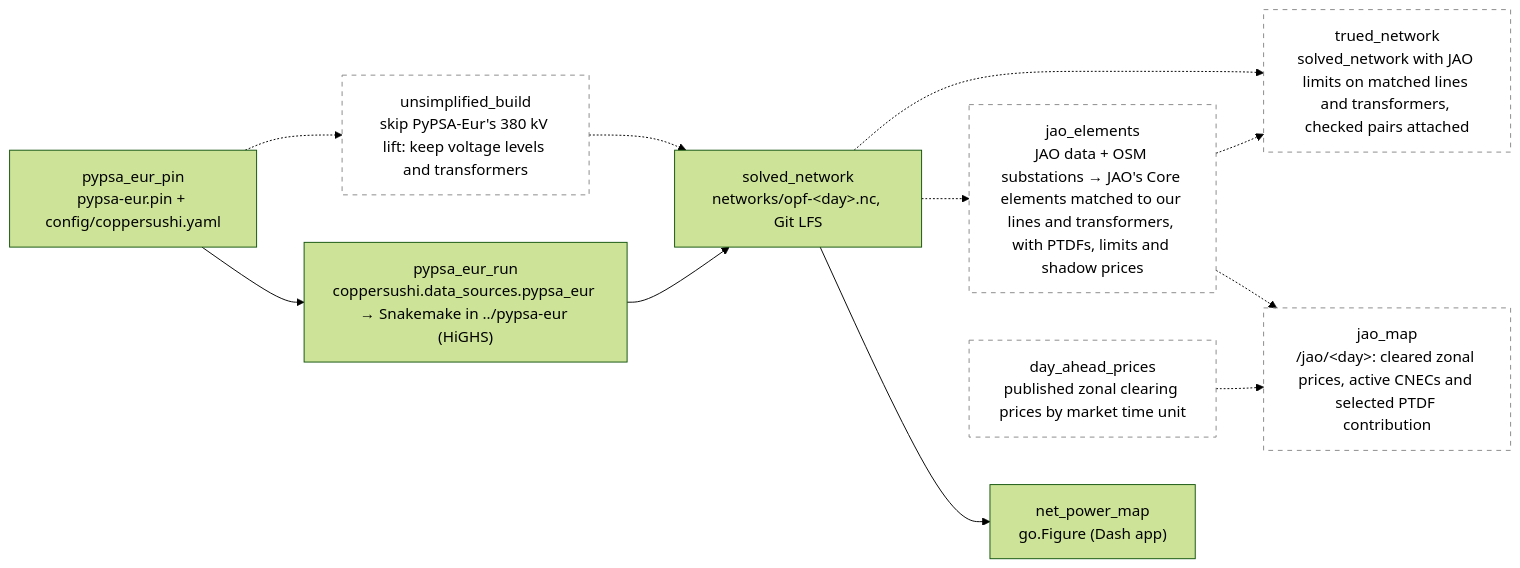
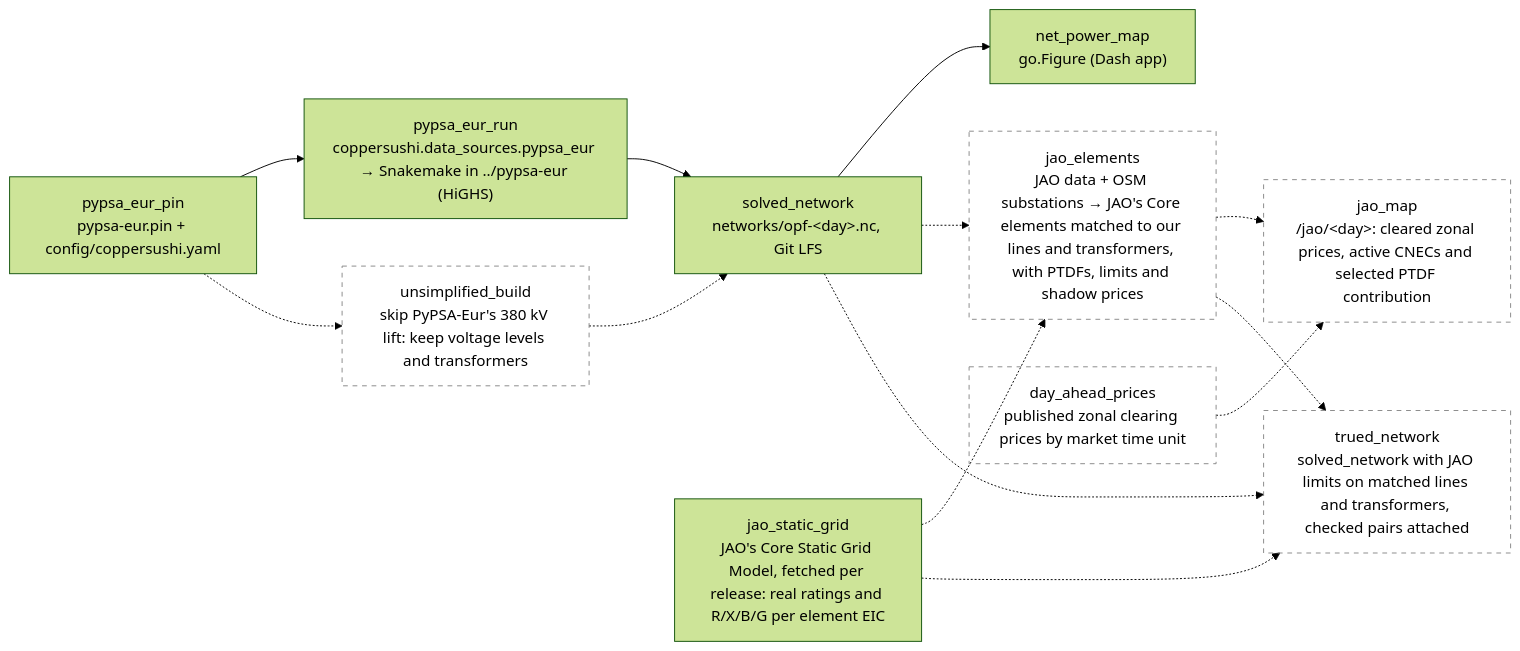
One commit to zoltanmaric/coppersushi changed the diagram in wiki/sushi-2.md. Above: the diagram before and after it, drawn with Mermaid (forest theme). The commit also changed 13 other files, not shown here.

First line of the commit message:
JAO's Core Static Grid Model: real transformer ratings and impedances (#67)

````diff
--- a/wiki/sushi-2.md
+++ b/wiki/sushi-2.md
@@ -16,27 +16,31 @@
 ```mermaid
 flowchart LR
     classDef planned stroke-dasharray: 5 5,stroke:#888,fill:none
 
     net_power_map["net_power_map<br/>go.Figure (Dash app)"]
 
     pypsa_eur_pin["pypsa_eur_pin<br/>pypsa-eur.pin + config/coppersushi.yaml"]
     pypsa_eur_run["pypsa_eur_run<br/>coppersushi.data_sources.pypsa_eur → Snakemake in ../pypsa-eur (HiGHS)"]
     solved_network["solved_network<br/>networks/opf-&lt;day&gt;.nc, Git LFS"]
+
+    jao_static_grid["jao_static_grid<br/>JAO's Core Static Grid Model, fetched per release: real ratings and R/X/B/G per element EIC"]
 
     unsimplified["unsimplified_build<br/>skip PyPSA-Eur's 380 kV lift: keep voltage levels and transformers"]:::planned
     jao_elements["jao_elements<br/>JAO data + OSM substations → JAO's Core elements matched to our lines and transformers, with PTDFs, limits and shadow prices"]:::planned
     day_ahead_prices["day_ahead_prices<br/>published zonal clearing prices by market time unit"]:::planned
     jao_map["jao_map<br/>/jao/&lt;day&gt;: cleared zonal prices, active CNECs and selected PTDF contribution"]:::planned
     trued_network["trued_network<br/>solved_network with JAO limits on matched lines and transformers, checked pairs attached"]:::planned
 
     pypsa_eur_pin --> pypsa_eur_run
     pypsa_eur_pin -.-> unsimplified
     unsimplified -.-> solved_network
     pypsa_eur_run --> solved_network
     solved_network --> net_power_map
     solved_network -.-> jao_elements
+    jao_static_grid -.-> jao_elements
+    jao_static_grid -.-> trued_network
     jao_elements -.-> jao_map
     day_ahead_prices -.-> jao_map
     jao_elements -.-> trued_network
     solved_network -.-> trued_network
 ```
````
